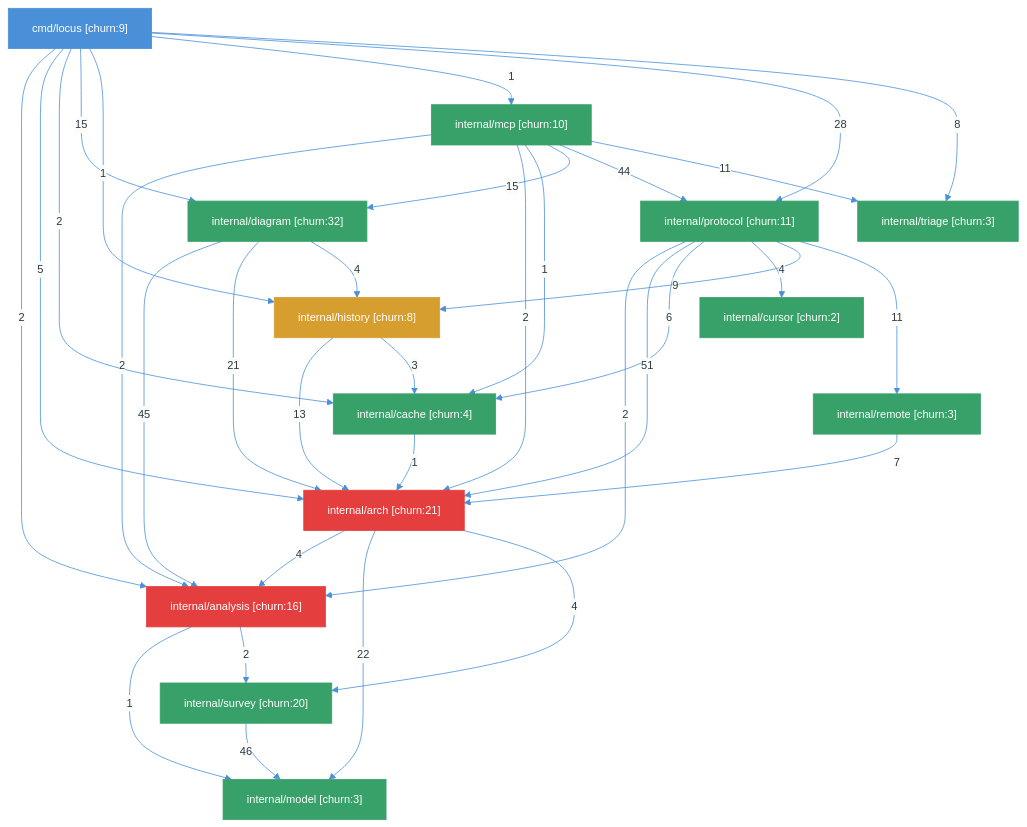
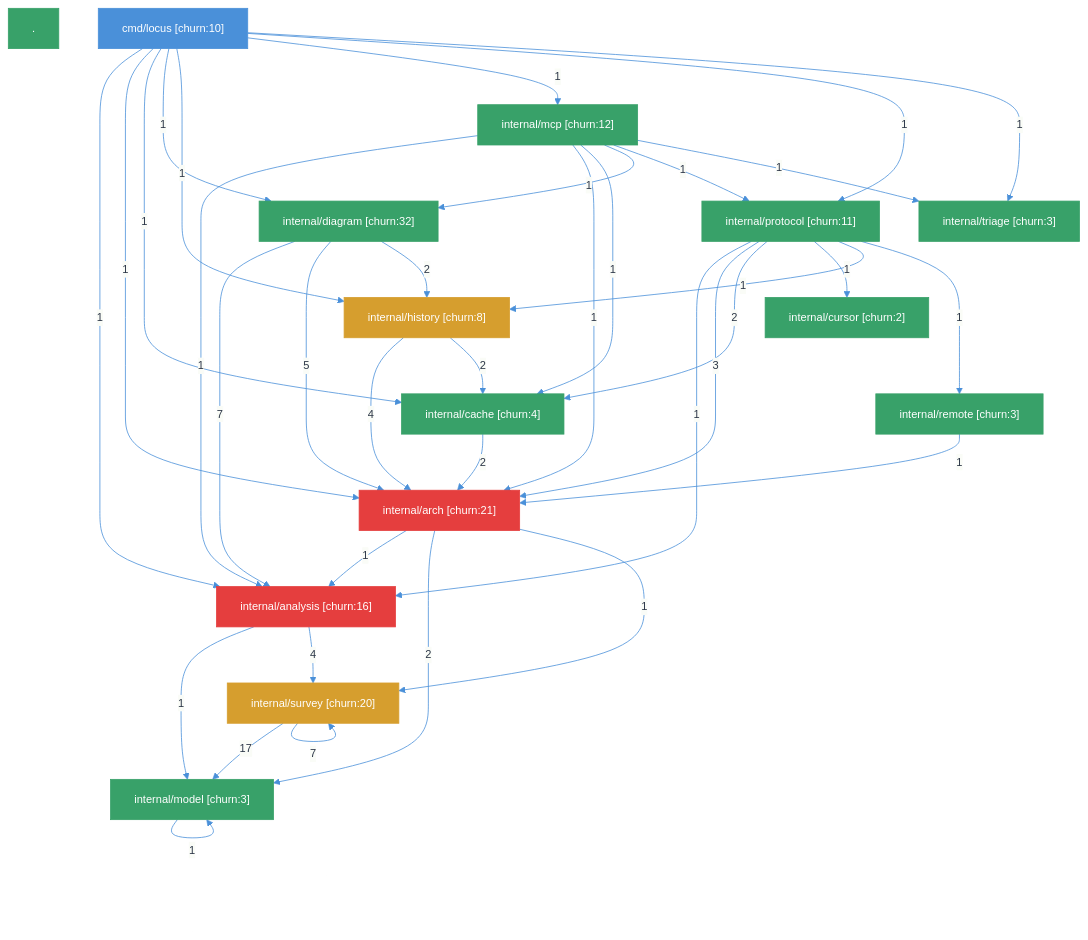
Before and after one commit to dpopsuev/locus: the first of 5 diagrams in README.md, drawn with Mermaid. The commit also changed 42 other files, not shown here.

First line of the commit message:
feat(locus): v0.5.0 — multi-language analysis, progressive scan, agent ergonomics

````diff
--- a/README.md
+++ b/README.md
@@ -97,58 +97,61 @@
 ```mermaid
 %%{init: {'theme': 'base', 'themeVariables': {'primaryColor': '#F7FAFC', 'primaryTextColor': '#2D3748', 'primaryBorderColor': '#4A90D9', 'lineColor': '#4A90D9', 'background': '#FFFFFF', 'fontSize': '14px'}}}%%
 graph TD
     classDef boundary fill:#FFFFFF,stroke:#718096,color:#2D3748
     classDef component fill:#F7FAFC,stroke:#4A90D9,color:#2D3748
     classDef edge stroke:#4A90D9
     classDef entry fill:#4A90D9,stroke:#4A90D9,color:#FFFFFF
     classDef fatal fill:#E53E3E,stroke:#E53E3E,color:#FFFFFF
     classDef healthy fill:#38A169,stroke:#38A169,color:#FFFFFF
     classDef sick fill:#D69E2E,stroke:#D69E2E,color:#FFFFFF
     classDef violation_edge stroke:#E53E3E
-    cmd_locus["cmd/locus [churn:9]"]:::entry
+    _["."]:::healthy
+    cmd_locus["cmd/locus [churn:10]"]:::entry
     internal_analysis["internal/analysis [churn:16]"]:::fatal
     internal_arch["internal/arch [churn:21]"]:::fatal
     internal_cache["internal/cache [churn:4]"]:::healthy
     internal_cursor["internal/cursor [churn:2]"]:::healthy
     internal_diagram["internal/diagram [churn:32]"]:::healthy
     internal_history["internal/history [churn:8]"]:::sick
-    internal_mcp["internal/mcp [churn:10]"]:::healthy
+    internal_mcp["internal/mcp [churn:12]"]:::healthy
     internal_model["internal/model [churn:3]"]:::healthy
     internal_protocol["internal/protocol [churn:11]"]:::healthy
     internal_remote["internal/remote [churn:3]"]:::healthy
-    internal_survey["internal/survey [churn:20]"]:::healthy
+    internal_survey["internal/survey [churn:20]"]:::sick
     internal_triage["internal/triage [churn:3]"]:::healthy
-    cmd_locus -->|"2"| internal_analysis
-    cmd_locus -->|"5"| internal_arch
-    cmd_locus -->|"2"| internal_cache
-    cmd_locus -->|"15"| internal_diagram
+    cmd_locus -->|"1"| internal_analysis
+    cmd_locus -->|"1"| internal_arch
+    cmd_locus -->|"1"| internal_cache
+    cmd_locus -->|"1"| internal_diagram
     cmd_locus -->|"1"| internal_history
     cmd_locus -->|"1"| internal_mcp
-    cmd_locus -->|"28"| internal_protocol
-    cmd_locus -->|"8"| internal_triage
+    cmd_locus -->|"1"| internal_protocol
+    cmd_locus -->|"1"| internal_triage
     internal_analysis -->|"1"| internal_model
-    internal_analysis -->|"2"| internal_survey
-    internal_arch -->|"4"| internal_analysis
-    internal_arch -->|"22"| internal_model
-    internal_arch -->|"4"| internal_survey
-    internal_cache -->|"1"| internal_arch
-    internal_diagram -->|"45"| internal_analysis
-    internal_diagram -->|"21"| internal_arch
-    internal_diagram -->|"4"| internal_history
-    internal_history -->|"13"| internal_arch
-    internal_history -->|"3"| internal_cache
-    internal_mcp -->|"2"| internal_analysis
-    internal_mcp -->|"2"| internal_arch
+    internal_analysis -->|"4"| internal_survey
+    internal_arch -->|"1"| internal_analysis
+    internal_arch -->|"2"| internal_model
+    internal_arch -->|"1"| internal_survey
+    internal_cache -->|"2"| internal_arch
+    internal_diagram -->|"7"| internal_analysis
+    internal_diagram -->|"5"| internal_arch
+    internal_diagram -->|"2"| internal_history
+    internal_history -->|"4"| internal_arch
+    internal_history -->|"2"| internal_cache
+    internal_mcp -->|"1"| internal_analysis
+    internal_mcp -->|"1"| internal_arch
     internal_mcp -->|"1"| internal_cache
-    internal_mcp -->|"15"| internal_diagram
-    internal_mcp -->|"44"| internal_protocol
-    internal_mcp -->|"11"| internal_triage
-    internal_protocol -->|"2"| internal_analysis
-    internal_protocol -->|"51"| internal_arch
-    internal_protocol -->|"6"| internal_cache
-    internal_protocol -->|"4"| internal_cursor
-    internal_protocol -->|"9"| internal_history
-    internal_protocol -->|"11"| internal_remote
-    internal_remote -->|"7"| internal_arch
-    internal_survey -->|"46"| internal_model
+    internal_mcp -->|"1"| internal_diagram
+    internal_mcp -->|"1"| internal_protocol
+    internal_mcp -->|"1"| internal_triage
+    internal_model -->|"1"| internal_model
+    internal_protocol -->|"1"| internal_analysis
+    internal_protocol -->|"3"| internal_arch
+    internal_protocol -->|"2"| internal_cache
+    internal_protocol -->|"1"| internal_cursor
+    internal_protocol -->|"1"| internal_history
+    internal_protocol -->|"1"| internal_remote
+    internal_remote -->|"1"| internal_arch
+    internal_survey -->|"17"| internal_model
+    internal_survey -->|"7"| internal_survey
 ```
````
